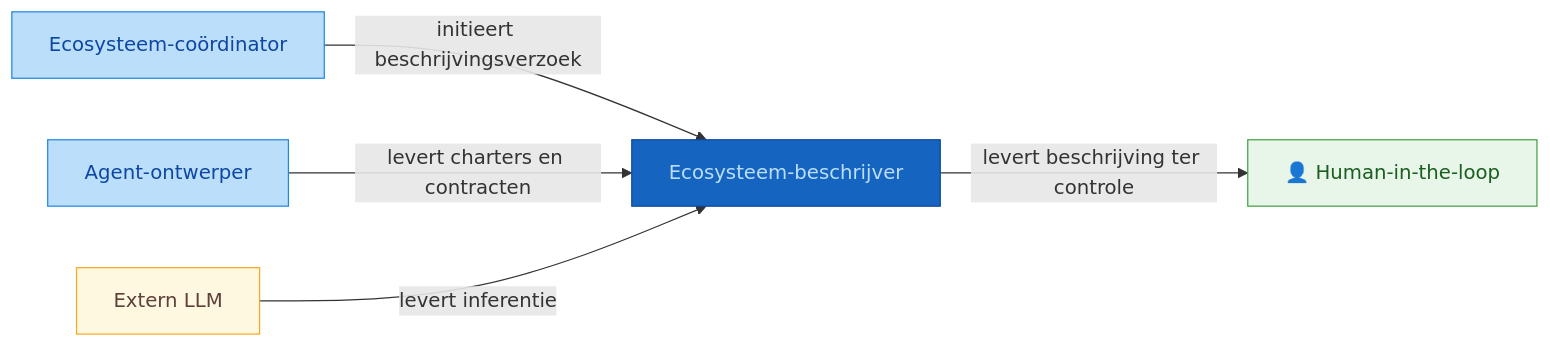
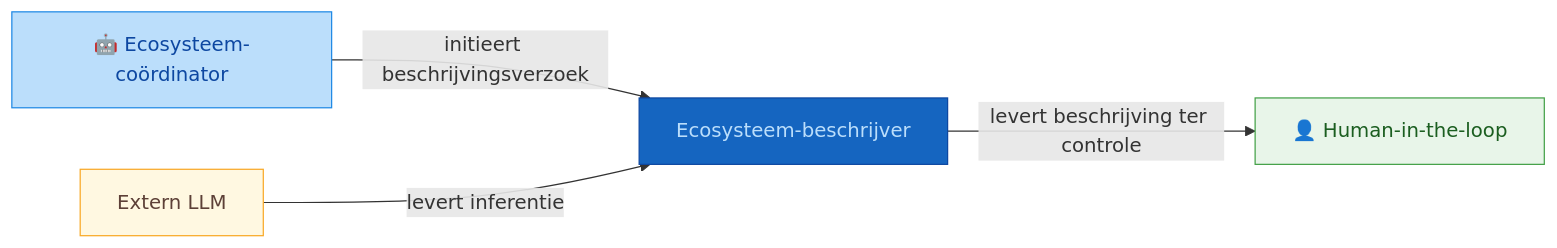
One commit to hans-blok/mandarin-agents changed the first of 2 diagrams in artefacten/aeo/aeo.02.ecosysteem-beschrijver/ecosysteem-beschrijver.beschrijving.md. Above: the diagram before and after it, drawn with Mermaid. The commit also changed other lines of this file and 37 other files, not shown here.

Commit message:
voeg toe solution architect

````diff
--- a/artefacten/aeo/aeo.02.ecosysteem-beschrijver/ecosysteem-beschrijver.beschrijving.md
+++ b/artefacten/aeo/aeo.02.ecosysteem-beschrijver/ecosysteem-beschrijver.beschrijving.md
@@ -15,23 +15,21 @@
 ```mermaid
 flowchart LR
-    coordinator["Ecosysteem-coördinator"]
-    ontwerper["Agent-ontwerper"]
+    coordinator["🤖 Ecosysteem-coördinator"]
     ecosysteem["Ecosysteem-beschrijver"]
     llm["Extern LLM"]
     human["👤 Human-in-the-loop"]
 
     coordinator -->|initieert beschrijvingsverzoek| ecosysteem
-    ontwerper -->|levert charters en contracten| ecosysteem
     llm -->|levert inferentie| ecosysteem
     ecosysteem -->|levert beschrijving ter controle| human
 
     classDef agent-zelf fill:#1565c0,stroke:#0d47a1,color:#bbdefb;
     classDef aanroeper  fill:#bbdefb,stroke:#1e88e5,color:#0d47a1;
     classDef ontvanger  fill:#e8f5e9,stroke:#43a047,color:#1b5e20;
     classDef dienst     fill:#fff8e1,stroke:#f9a825,color:#5d4037;
 
     class ecosysteem agent-zelf;
-    class coordinator,ontwerper aanroeper;
+    class coordinator aanroeper;
     class human ontvanger;
     class llm dienst;
 ```
````
